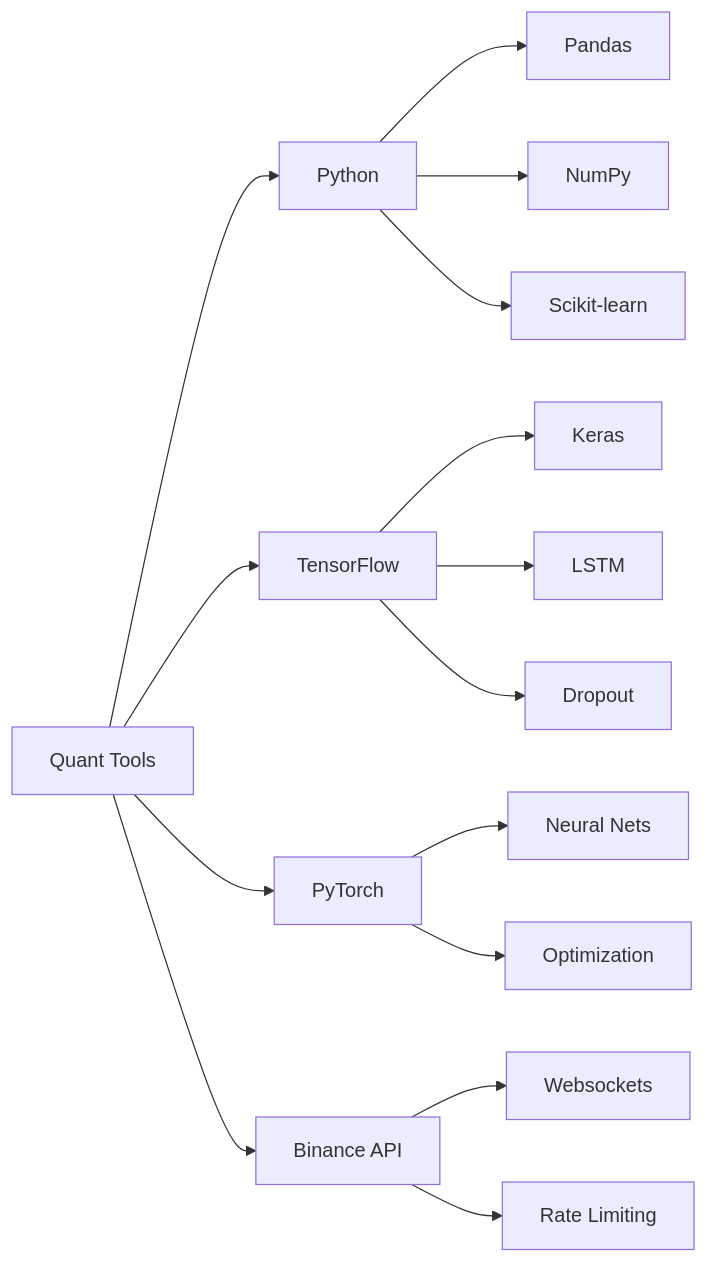
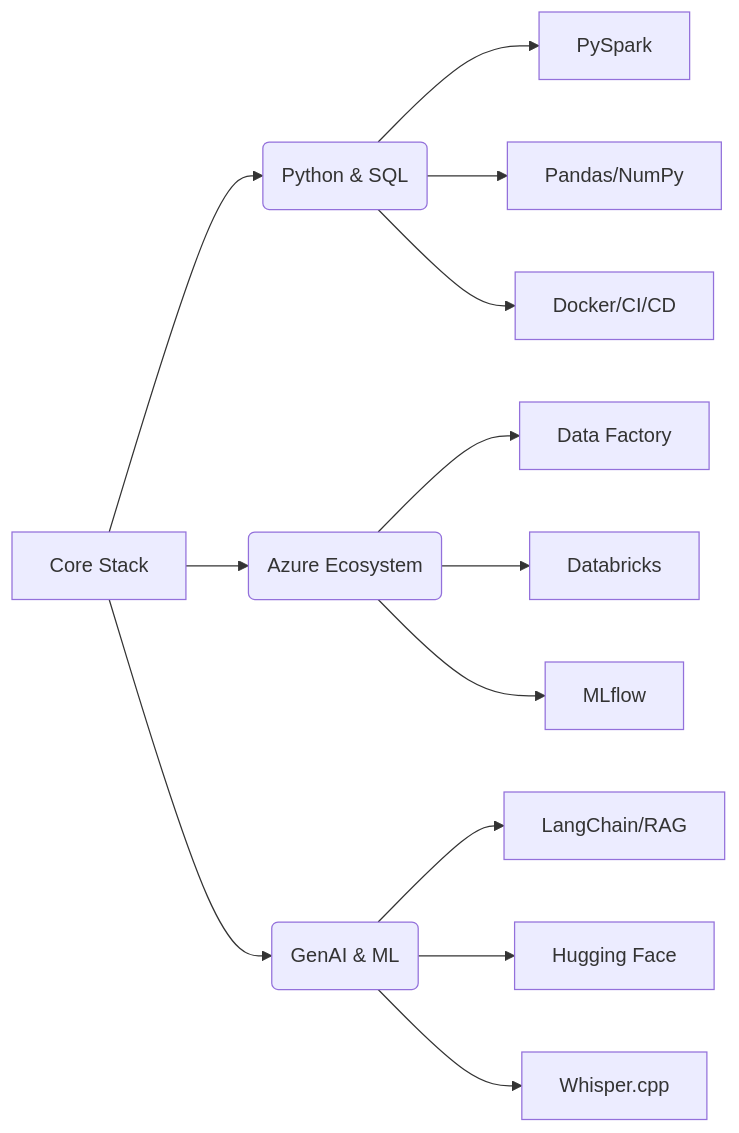
Before and after one commit to MohamadKanso/MohamadKanso: the second of 3 diagrams in README.md, drawn with Mermaid. The commit also changed other lines of this file, not shown here.

````diff
--- a/README.md
+++ b/README.md
@@ -72,21 +92,19 @@
 ```mermaid
 graph LR
-    A[Quant Tools] --> B[Python]
-    A --> C[TensorFlow]
-    A --> D[PyTorch]
-    A --> E[Binance API]
+    A[Core Stack] --> B(Python & SQL)
+    A --> C(Azure Ecosystem)
+    A --> D(GenAI & ML)
     
-    B --> B1[Pandas]
-    B --> B2[NumPy]
-    B --> B3[Scikit-learn]
+    B --> B1[PySpark]
+    B --> B2[Pandas/NumPy]
+    B --> B3[Docker/CI/CD]
     
-    C --> C1[Keras]
-    C --> C2[LSTM]
-    C --> C3[Dropout]
+    C --> C1[Data Factory]
+    C --> C2[Databricks]
+    C --> C3[MLflow]
     
-    D --> D1[Neural Nets]
-    D --> D2[Optimization]
-    
-    E --> E1[Websockets]
-    E --> E2[Rate Limiting]
+    D --> D1[LangChain/RAG]
+    D --> D2[Hugging Face]
+    D --> D3[Whisper.cpp]
+
 ```
````
